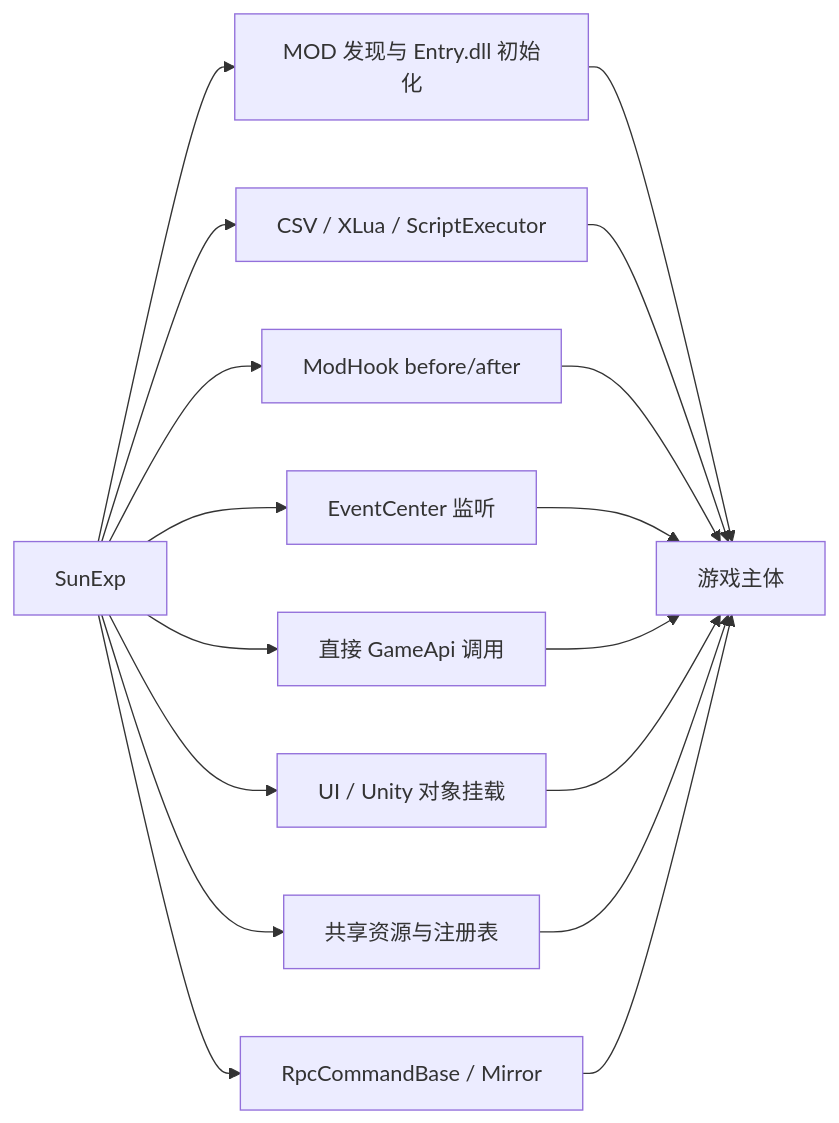
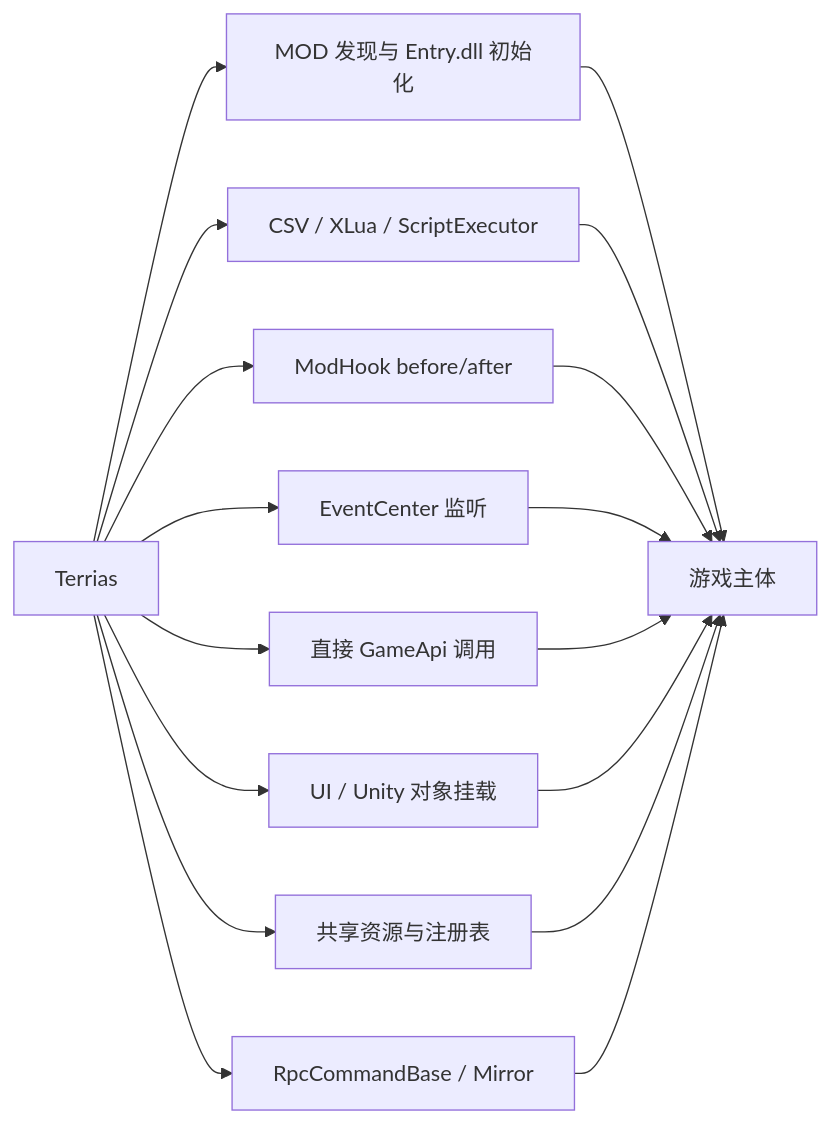
One commit to AuraKaliya/apocalyptic-journey-mod-SunExp changed the diagram in docs/Terrias/05-游戏主体接入机制.md. Above: the diagram before and after it, drawn with Mermaid. The commit also changed other lines of this file and 670 other files, not shown here.

````diff
--- a/docs/Terrias/05-游戏主体接入机制.md
+++ b/docs/Terrias/05-游戏主体接入机制.md
@@ -22,20 +22,20 @@
 ```mermaid
 flowchart LR
-    Sun["SunExp"] --> A["MOD 发现与 Entry.dll 初始化"]
+    Sun["Terrias"] --> A["MOD 发现与 Entry.dll 初始化"]
     Sun --> B["CSV / XLua / ScriptExecutor"]
     Sun --> C["ModHook before/after"]
     Sun --> D["EventCenter 监听"]
     Sun --> E["直接 GameApi 调用"]
     Sun --> F["UI / Unity 对象挂载"]
     Sun --> G["共享资源与注册表"]
     Sun --> H["RpcCommandBase / Mirror"]
 
     A --> Host["游戏主体"]
     B --> Host
     C --> Host
     D --> Host
     E --> Host
     F --> Host
     G --> Host
     H --> Host
 ```
````
